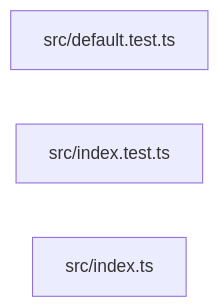
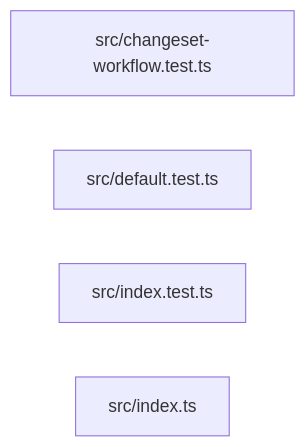
One commit to ankhorage/renovate changed the diagram in paradox/diagrams/export-graph.mmd. Above: the diagram before and after it, drawn with Mermaid. The commit also changed 9 other files, not shown here.

```diff
--- a/paradox/diagrams/export-graph.mmd
+++ b/paradox/diagrams/export-graph.mmd
@@ -1,4 +1,5 @@
 graph LR
+  module_src_changeset_workflow_test_ts["src/changeset-workflow.test.ts"]
   module_src_default_test_ts["src/default.test.ts"]
   module_src_index_test_ts["src/index.test.ts"]
   module_src_index_ts["src/index.ts"]
```
